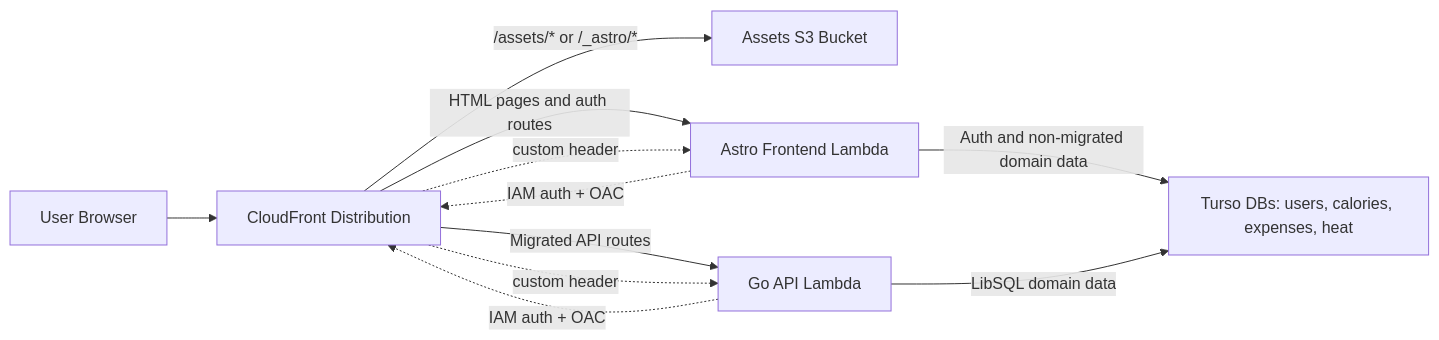
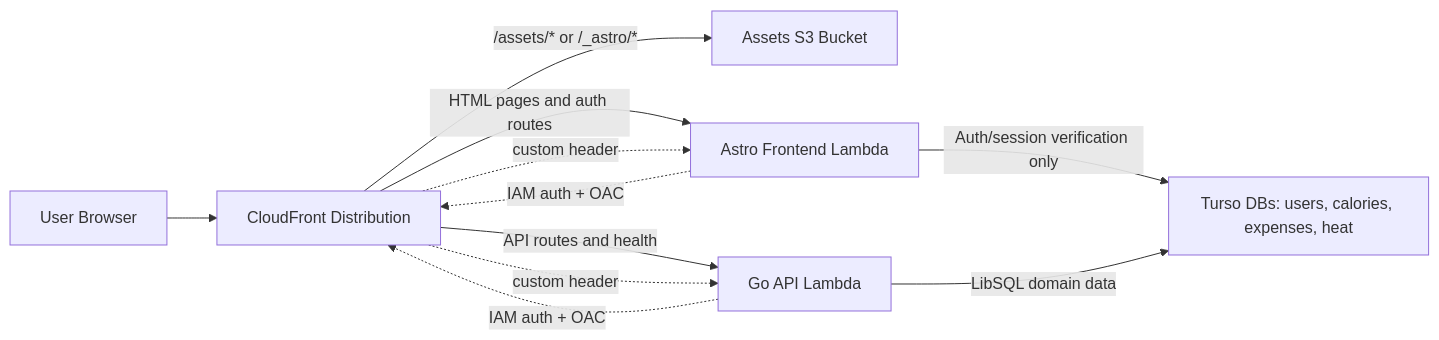
Before and after one commit to Hughzu/trackstack: the diagram in docs/ARCHITECTURE.md, drawn with Mermaid. The commit also changed other lines of this file and 21 other files, not shown here.

````diff
--- a/docs/ARCHITECTURE.md
+++ b/docs/ARCHITECTURE.md
@@ -7,14 +7,14 @@
 ```mermaid
 flowchart LR
   U[User Browser] --> CF[CloudFront Distribution]
   CF -->|/assets/* or /_astro/*| S3[Assets S3 Bucket]
   CF -->|HTML pages and auth routes| AFL[Astro Frontend Lambda]
-  CF -->|Migrated API routes| GFL[Go API Lambda]
-  AFL -->|Auth and non-migrated domain data| TU[Turso DBs: users, calories, expenses, heat]
+  CF -->|API routes and health| GFL[Go API Lambda]
+  AFL -->|Auth/session verification only| TU[Turso DBs: users, calories, expenses, heat]
   GFL -->|LibSQL domain data| TU
 
   CF -. custom header .-> AFL
   CF -. custom header .-> GFL
   AFL -. IAM auth + OAC .-> CF
   GFL -. IAM auth + OAC .-> CF
 ```
````
